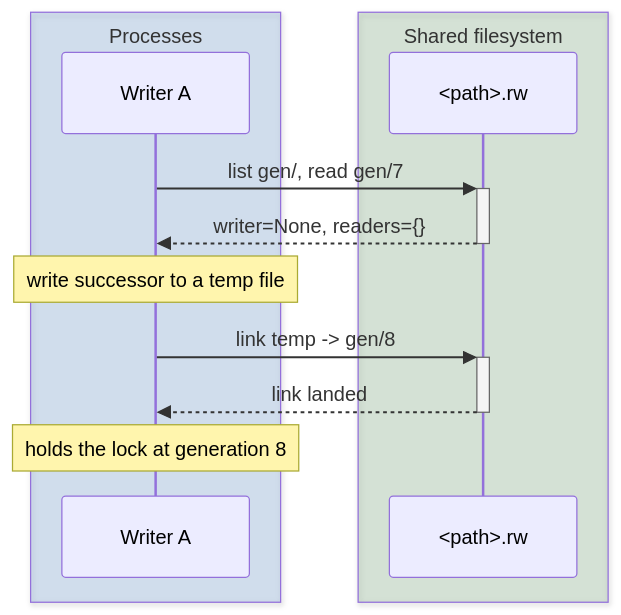
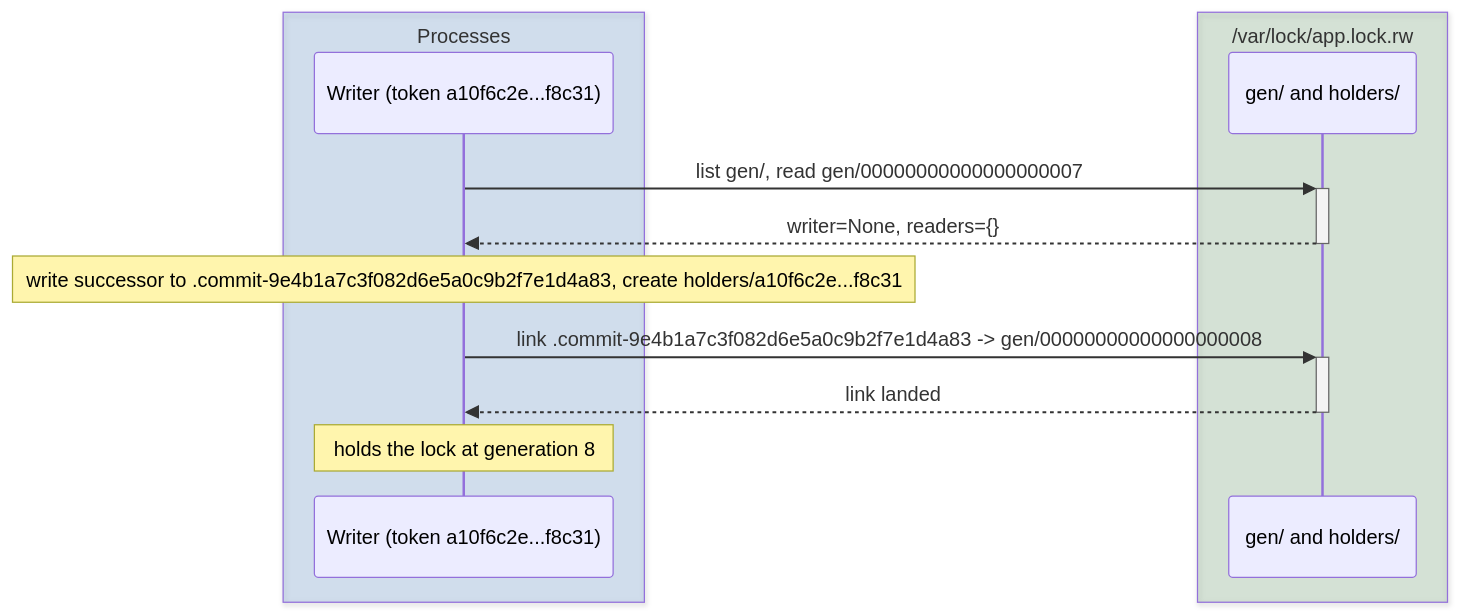
One commit to tox-dev/filelock changed the fourth of 8 diagrams in docs/concepts.rst. Above: the diagram before and after it, drawn with Mermaid. The commit also changed other lines of this file, not shown here.

First line of the commit message:
🐛 fix(docs): drop semicolons breaking the walkthrough diagrams

```diff
--- a/docs/concepts.rst
+++ b/docs/concepts.rst
@@ -696,15 +698,15 @@
 .. mermaid::
 
     sequenceDiagram
         box rgba(21, 101, 192, 0.16) Processes
-            participant A as Writer A
+            participant A as Writer (token a10f6c2e...f8c31)
         end
-        box rgba(46, 125, 50, 0.16) Shared filesystem
-            participant FS as <path>.rw
+        box rgba(46, 125, 50, 0.16) /var/lock/app.lock.rw
+            participant FS as gen/ and holders/
         end
-        A->>+FS: list gen/, read gen/7
+        A->>+FS: list gen/, read gen/00000000000000000007
         FS-->>-A: writer=None, readers={}
-        Note over A: write successor to a temp file
-        A->>+FS: link temp -> gen/8
+        Note over A: write successor to .commit-9e4b1a7c3f082d6e5a0c9b2f7e1d4a83, create holders/a10f6c2e...f8c31
+        A->>+FS: link .commit-9e4b1a7c3f082d6e5a0c9b2f7e1d4a83 -> gen/00000000000000000008
         FS-->>-A: link landed
         Note over A: holds the lock at generation 8
```
